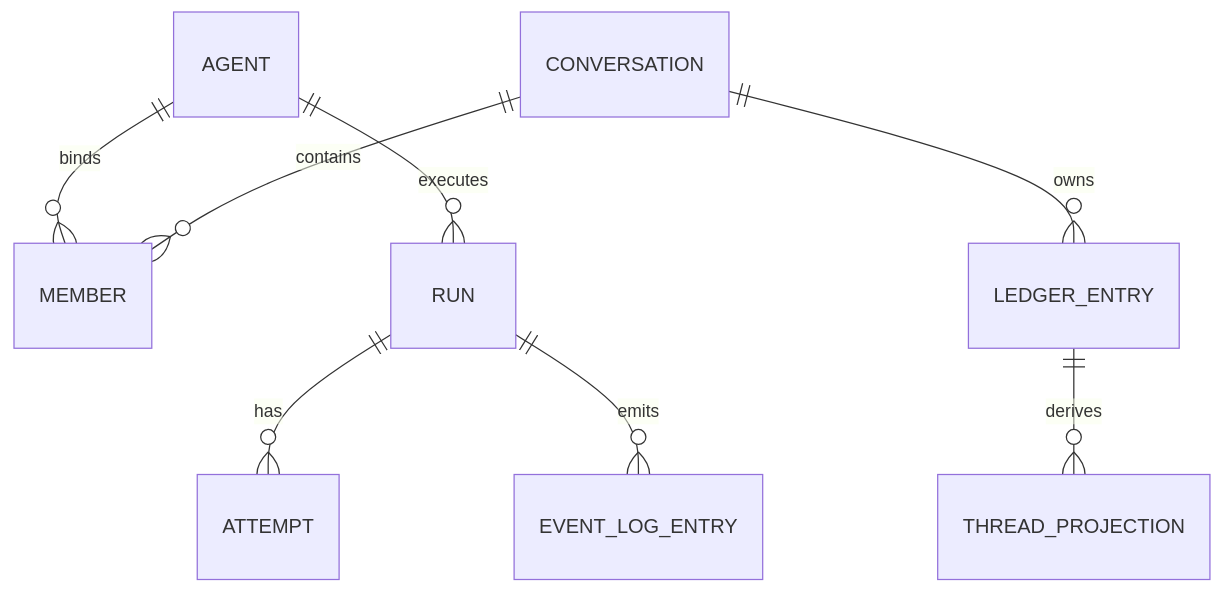
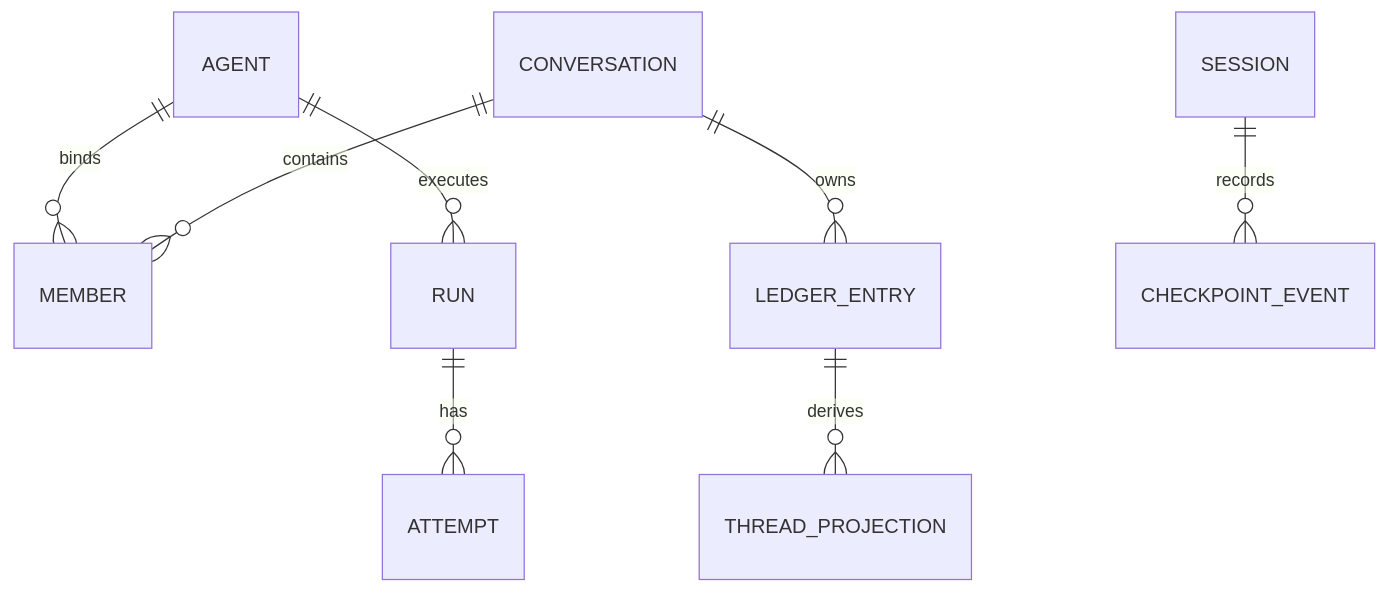
The diagram in docs/architecture/backend/data-model.md (Chengchcc/my-agent-team), drawn with Mermaid before and after one commit. The commit also changed other lines of this file and 27 other files, not shown here.

First line of the commit message:
docs(docs): full architecture doc update — EventLog deprecated, threadId unified

````diff
--- a/docs/architecture/backend/data-model.md
+++ b/docs/architecture/backend/data-model.md
@@ -84,10 +93,10 @@
 ```mermaid
 erDiagram
   AGENT ||--o{ MEMBER : binds
   CONVERSATION ||--o{ MEMBER : contains
   CONVERSATION ||--o{ LEDGER_ENTRY : owns
   AGENT ||--o{ RUN : executes
   RUN ||--o{ ATTEMPT : has
-  RUN ||--o{ EVENT_LOG_ENTRY : emits
+  SESSION ||--o{ CHECKPOINT_EVENT : records
   LEDGER_ENTRY ||--o{ THREAD_PROJECTION : derives
 ```
````
